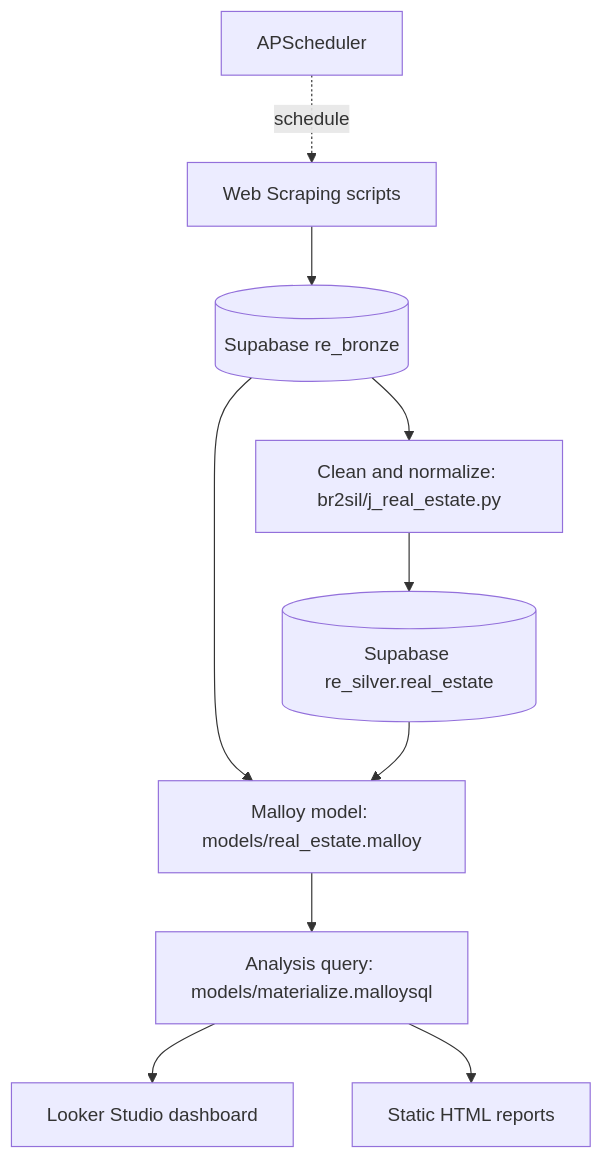
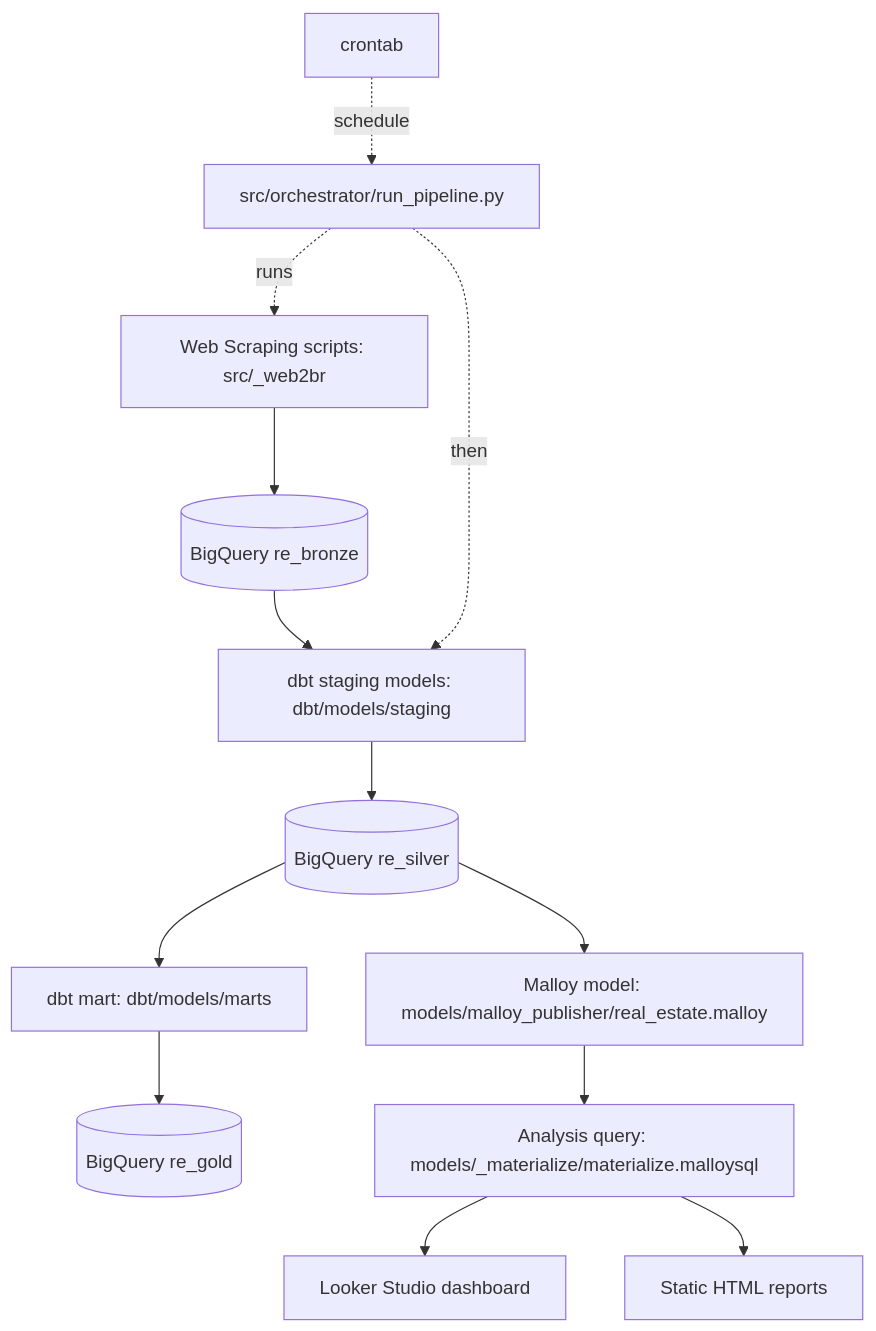
Before and after one commit to DataSpi/scrape-batdongsan-data: the diagram in readme.md, drawn with Mermaid. The commit also changed 21 other files, not shown here.

Commit message:
big feat: Đã triển khai xong phần lõi của plan (chưa commit, chưa chạy dbt run/dbt test thật hay động vào dữ liệu production).

````diff
--- a/readme.md
+++ b/readme.md
@@ -21,14 +21,17 @@
 ```mermaid
 graph TD
-  A[Web Scraping scripts] --> B[(Supabase re_bronze)]
-  B --> C[Clean and normalize: br2sil/j_real_estate.py]
-  C --> D[(Supabase re_silver.real_estate)]
+  A[Web Scraping scripts: src/_web2br] --> B[(BigQuery re_bronze)]
+  B --> C[dbt staging models: dbt/models/staging]
+  C --> D[(BigQuery re_silver)]
+  D --> K[dbt mart: dbt/models/marts]
+  K --> L[(BigQuery re_gold)]
 
-  B --> E[Malloy model: models/real_estate.malloy]
-  D --> E
-  E --> G[Analysis query: models/materialize.malloysql]
+  D --> E[Malloy model: models/malloy_publisher/real_estate.malloy]
+  E --> G[Analysis query: models/_materialize/materialize.malloysql]
   G --> H[Looker Studio dashboard]
   G --> I[Static HTML reports]
 
-  J[APScheduler] -. schedule .-> A
+  J[crontab] -. schedule .-> M[src/orchestrator/run_pipeline.py]
+  M -. runs .-> A
+  M -. then .-> C
 ```
````
